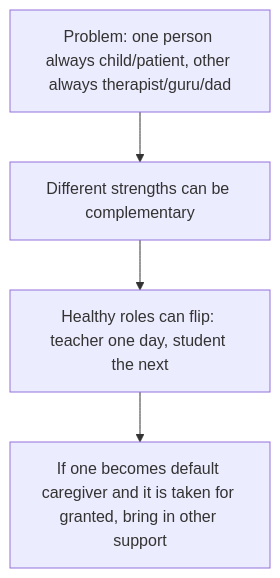
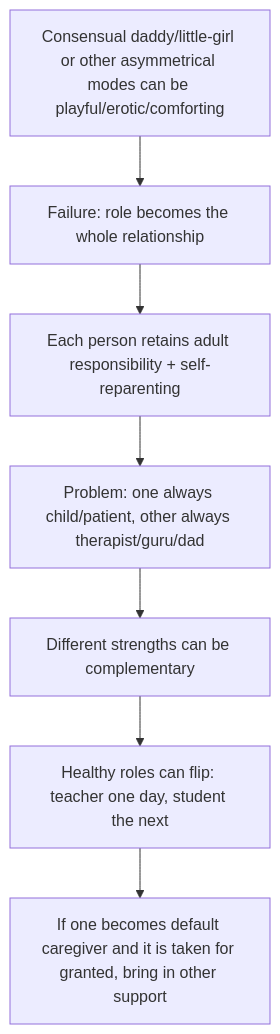
The ninth of 14 diagrams in work/romance-current-assembly/ARCHITECTURE.md (u-dont-existDOTcom/pangram-humanization-lab), drawn with Mermaid before and after one commit. The commit also changed other lines of this file, not shown here.

Commit message:
state: sync Romance architecture to Toft Anami pass

````diff
--- a/work/romance-current-assembly/ARCHITECTURE.md
+++ b/work/romance-current-assembly/ARCHITECTURE.md
@@ -118,9 +163,12 @@
 ```mermaid
 flowchart TD
-    unequal["Problem: one person always child/patient, other always therapist/guru/dad"]
+    play["Consensual daddy/little-girl or other asymmetrical modes can be playful/erotic/comforting"]
+    capture["Failure: role becomes the whole relationship"]
+    adult["Each person retains adult responsibility + self-reparenting"]
+    unequal["Problem: one always child/patient, other always therapist/guru/dad"]
     complement["Different strengths can be complementary"]
     flip["Healthy roles can flip: teacher one day, student the next"]
     defaultCare["If one becomes default caregiver and it is taken for granted, bring in other support"]
 
-    unequal --> complement --> flip --> defaultCare
+    play --> capture --> adult --> unequal --> complement --> flip --> defaultCare
 ```
````
